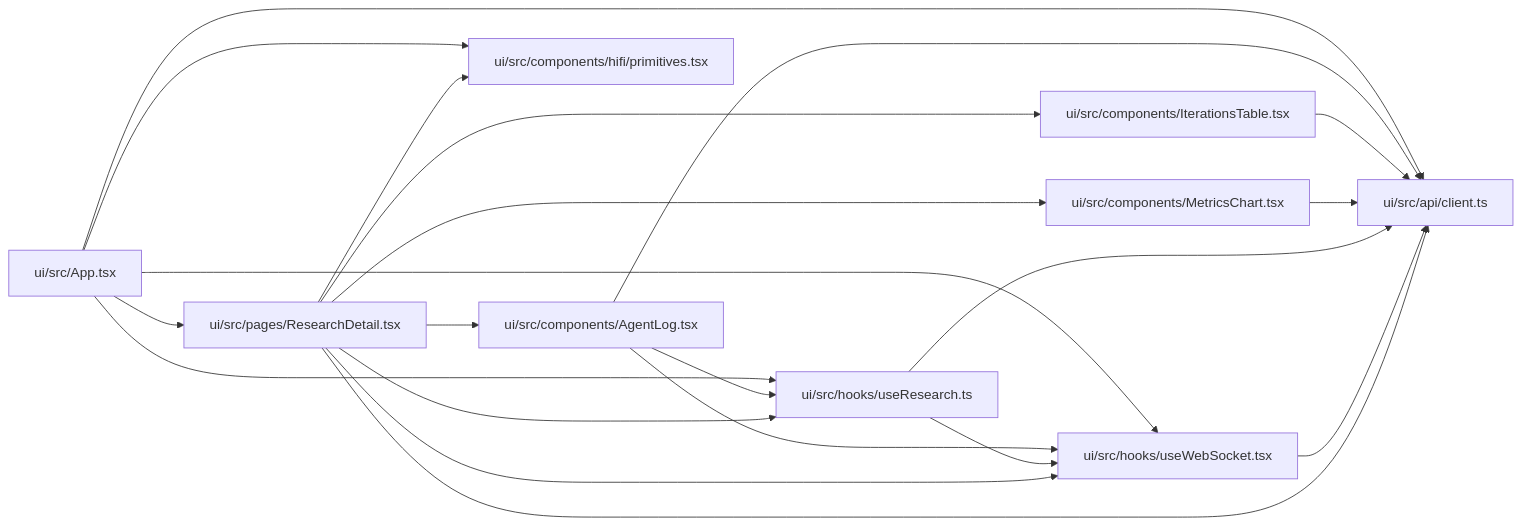
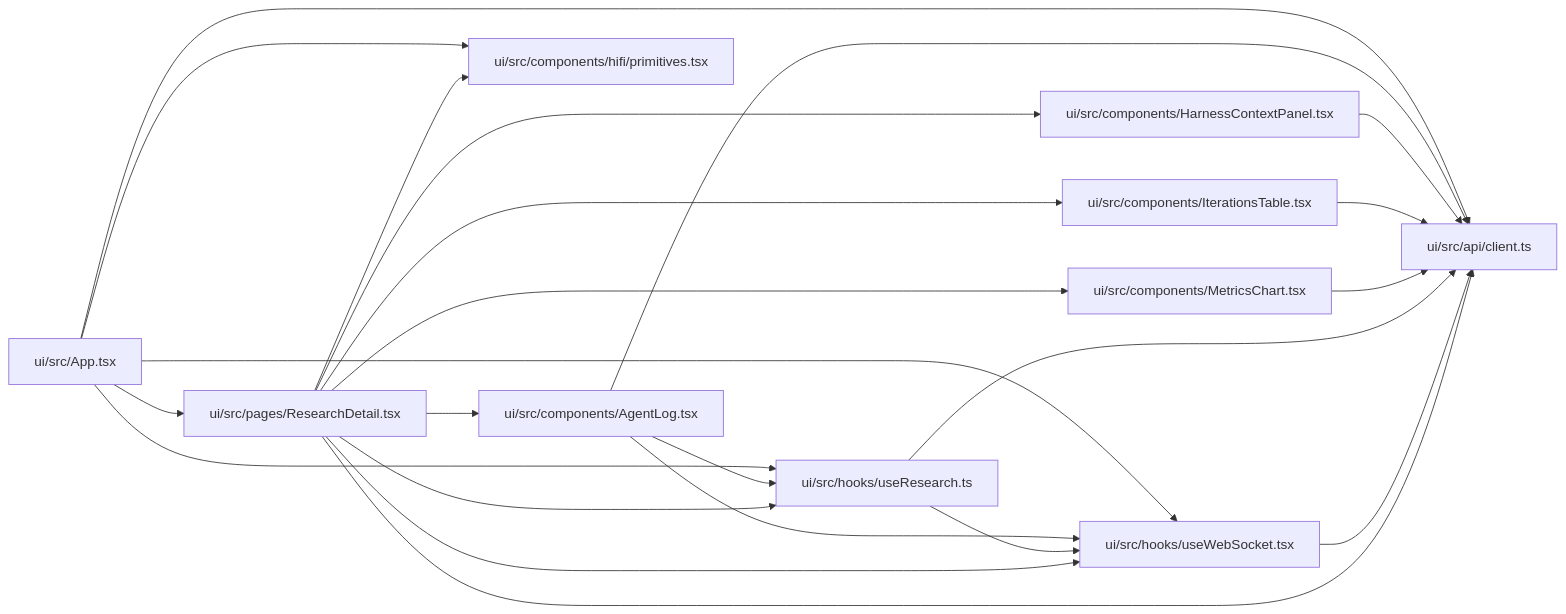
Before and after one commit to Denissvgn/autoresearch-agent: the diagram in docs/llm_wiki/modules/ResearchDetail.md, drawn with Mermaid. The commit also changed other lines of this file and 1033 other files, not shown here.

````diff
--- a/docs/llm_wiki/modules/ResearchDetail.md
+++ b/docs/llm_wiki/modules/ResearchDetail.md
@@ -32,41 +33,45 @@
 ```mermaid
 flowchart LR
     n0["ui/src/api/client.ts"]
     n1["ui/src/App.tsx"]
     n2["ui/src/components/AgentLog.tsx"]
-    n3["ui/src/components/hifi/primitives.tsx"]
-    n4["ui/src/components/IterationsTable.tsx"]
-    n5["ui/src/components/MetricsChart.tsx"]
-    n6["ui/src/hooks/useResearch.ts"]
-    n7["ui/src/hooks/useWebSocket.tsx"]
-    n8["ui/src/pages/ResearchDetail.tsx"]
+    n3["ui/src/components/HarnessContextPanel.tsx"]
+    n4["ui/src/components/hifi/primitives.tsx"]
+    n5["ui/src/components/IterationsTable.tsx"]
+    n6["ui/src/components/MetricsChart.tsx"]
+    n7["ui/src/hooks/useResearch.ts"]
+    n8["ui/src/hooks/useWebSocket.tsx"]
+    n9["ui/src/pages/ResearchDetail.tsx"]
     n1 --> n0
-    n1 --> n3
-    n1 --> n6
+    n1 --> n4
     n1 --> n7
     n1 --> n8
+    n1 --> n9
     n2 --> n0
-    n2 --> n6
     n2 --> n7
-    n4 --> n0
+    n2 --> n8
+    n3 --> n0
     n5 --> n0
     n6 --> n0
-    n6 --> n7
     n7 --> n0
+    n7 --> n8
     n8 --> n0
-    n8 --> n2
-    n8 --> n3
-    n8 --> n4
-    n8 --> n5
-    n8 --> n6
-    n8 --> n7
+    n9 --> n0
+    n9 --> n2
+    n9 --> n3
+    n9 --> n4
+    n9 --> n5
+    n9 --> n6
+    n9 --> n7
+    n9 --> n8
     click n0 "../modules/client.md"
     click n1 "../modules/App.md"
     click n2 "../modules/AgentLog.md"
-    click n3 "../modules/primitives.md"
-    click n4 "../modules/IterationsTable.md"
-    click n5 "../modules/MetricsChart.md"
-    click n6 "../modules/useResearch.md"
-    click n7 "../modules/useWebSocket.md"
-    click n8 "../modules/ResearchDetail.md"
+    click n3 "../modules/HarnessContextPanel.md"
+    click n4 "../modules/primitives.md"
+    click n5 "../modules/IterationsTable.md"
+    click n6 "../modules/MetricsChart.md"
+    click n7 "../modules/useResearch.md"
+    click n8 "../modules/useWebSocket.md"
+    click n9 "../modules/ResearchDetail.md"
 ```
````
